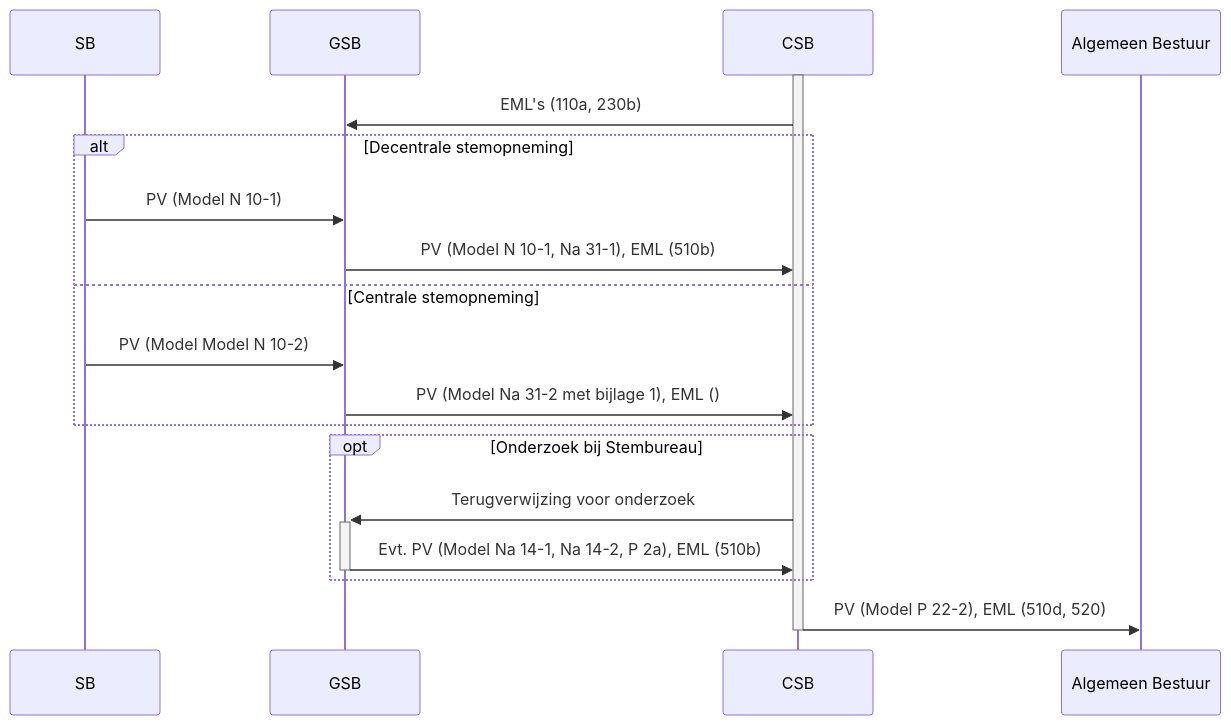
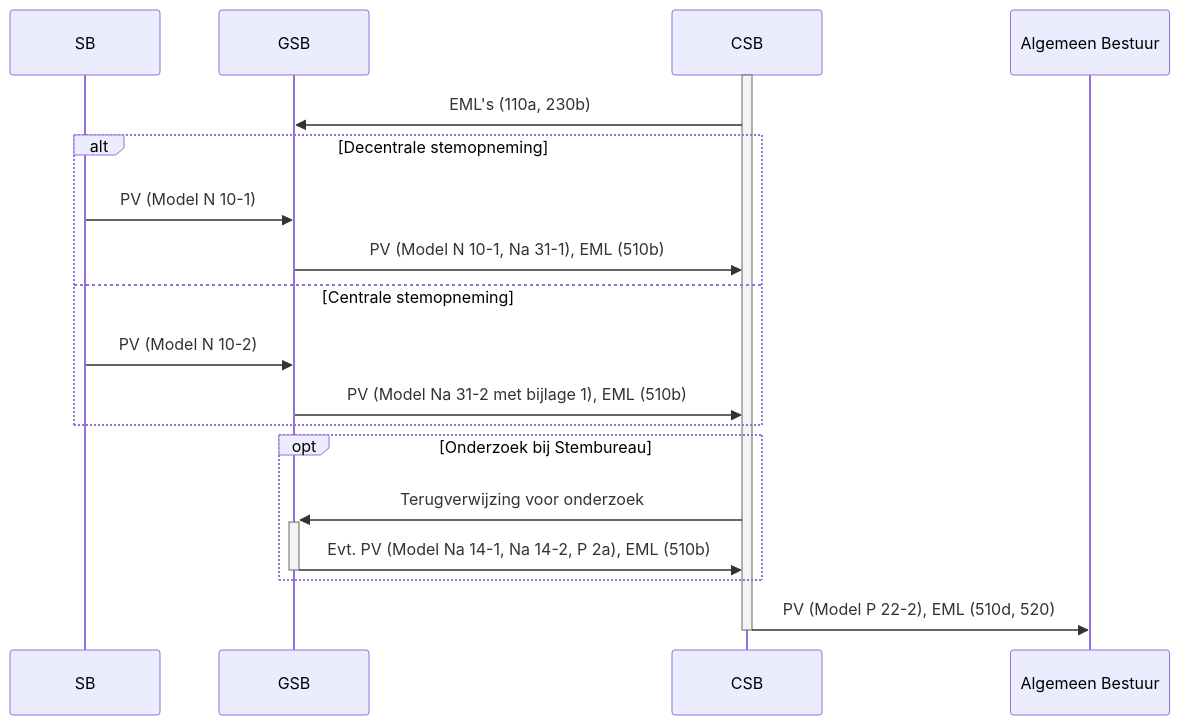
The third of 5 diagrams in verkiezingsproces/verloop-verkiezingen.md (kiesraad/abacus-documentatie), drawn with Mermaid before and after one commit. The commit also changed other lines of this file and 8 other files, not shown here.

````diff
--- a/verkiezingsproces/verloop-verkiezingen.md
+++ b/verkiezingsproces/verloop-verkiezingen.md
@@ -173,20 +173,20 @@
 ```mermaid
 sequenceDiagram
     participant SB
     participant GSB
     participant CSB
     activate CSB
     CSB->>GSB: EML's (110a, 230b)
     alt Decentrale stemopneming
       SB->>GSB: PV (Model N 10-1)
       GSB->>CSB: PV (Model N 10-1, Na 31-1), EML (510b)
     else Centrale stemopneming
-      SB->>GSB: PV (Model Model N 10-2)
-      GSB->>CSB: PV (Model Na 31-2 met bijlage 1), EML ()
+      SB->>GSB: PV (Model N 10-2)
+      GSB->>CSB: PV (Model Na 31-2 met bijlage 1), EML (510b)
     end
     opt Onderzoek bij Stembureau
       CSB->>+GSB: Terugverwijzing voor onderzoek
       GSB->>-CSB: Evt. PV (Model Na 14-1, Na 14-2, P 2a), EML (510b)
     end
     CSB->>-Algemeen Bestuur: PV (Model P 22-2), EML (510d, 520)
 ```
````
